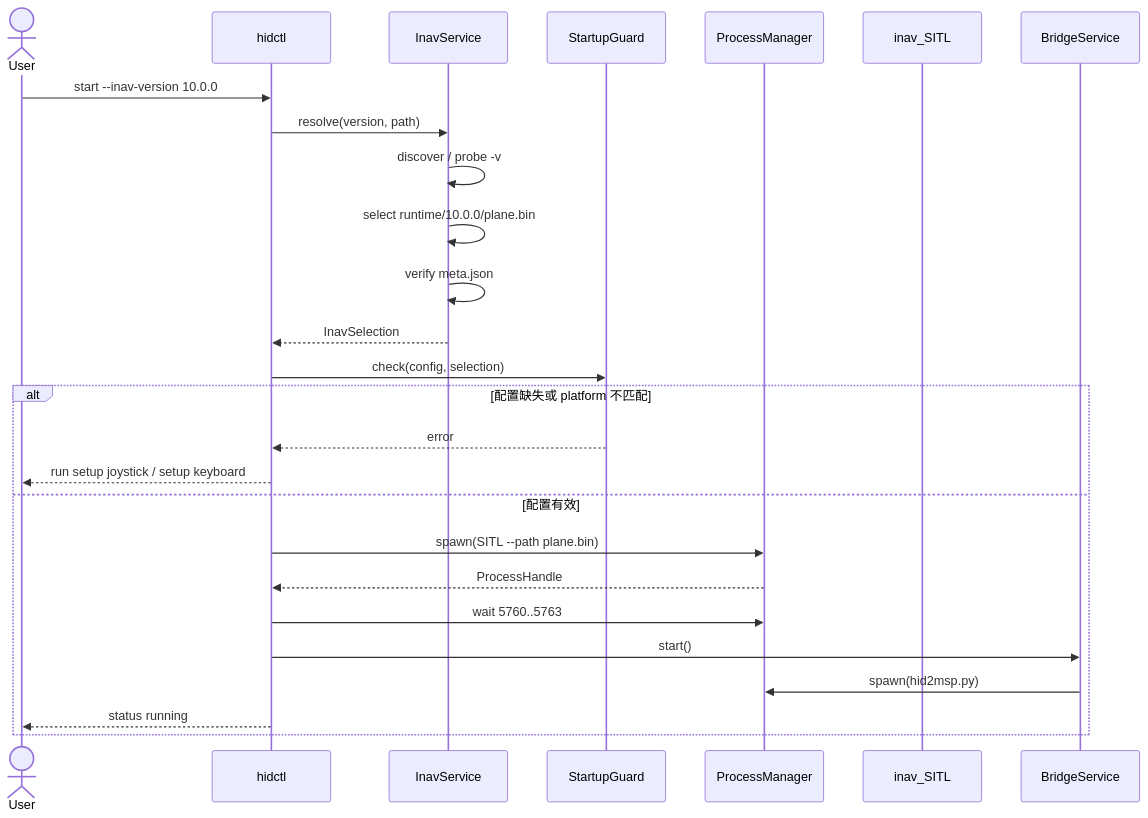
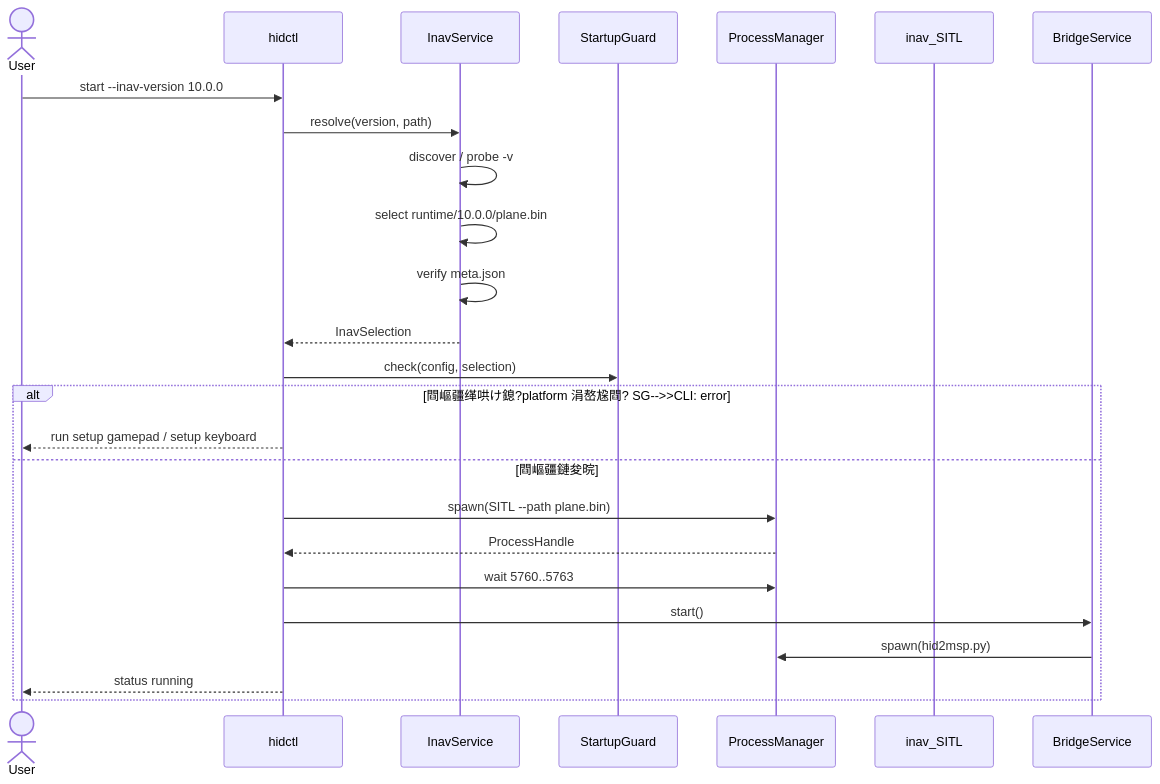
Before and after one commit to XinyiLiu577086410/Joystick-for-iNav-XPlane11-SITL: the eighth of 9 diagrams in docs/cross-platform-refactor-plan.md, drawn with Mermaid. The commit also changed other lines of this file and 14 other files, not shown here.

First line of the commit message:
Rename user-facing joystick terminology to gamepad

````diff
--- a/docs/cross-platform-refactor-plan.md
+++ b/docs/cross-platform-refactor-plan.md
@@ -657,30 +572,29 @@
 ```mermaid
 sequenceDiagram
     actor U as User
     participant CLI as hidctl
     participant IAS as InavService
     participant SG as StartupGuard
     participant PM as ProcessManager
     participant SITL as inav_SITL
     participant BR as BridgeService
 
     U->>CLI: start --inav-version 10.0.0
     CLI->>IAS: resolve(version, path)
     IAS->>IAS: discover / probe -v
     IAS->>IAS: select runtime/10.0.0/plane.bin
     IAS->>IAS: verify meta.json
     IAS-->>CLI: InavSelection
 
     CLI->>SG: check(config, selection)
-    alt 配置缺失或 platform 不匹配
-        SG-->>CLI: error
-        CLI-->>U: run setup joystick / setup keyboard
-    else 配置有效
+    alt 閰嶇疆缂哄け鎴?platform 涓嶅尮閰?        SG-->>CLI: error
+        CLI-->>U: run setup gamepad / setup keyboard
+    else 閰嶇疆鏈夋晥
         CLI->>PM: spawn(SITL --path plane.bin)
         PM-->>CLI: ProcessHandle
         CLI->>PM: wait 5760..5763
         CLI->>BR: start()
         BR->>PM: spawn(hid2msp.py)
         CLI-->>U: status running
     end
 ```
````
